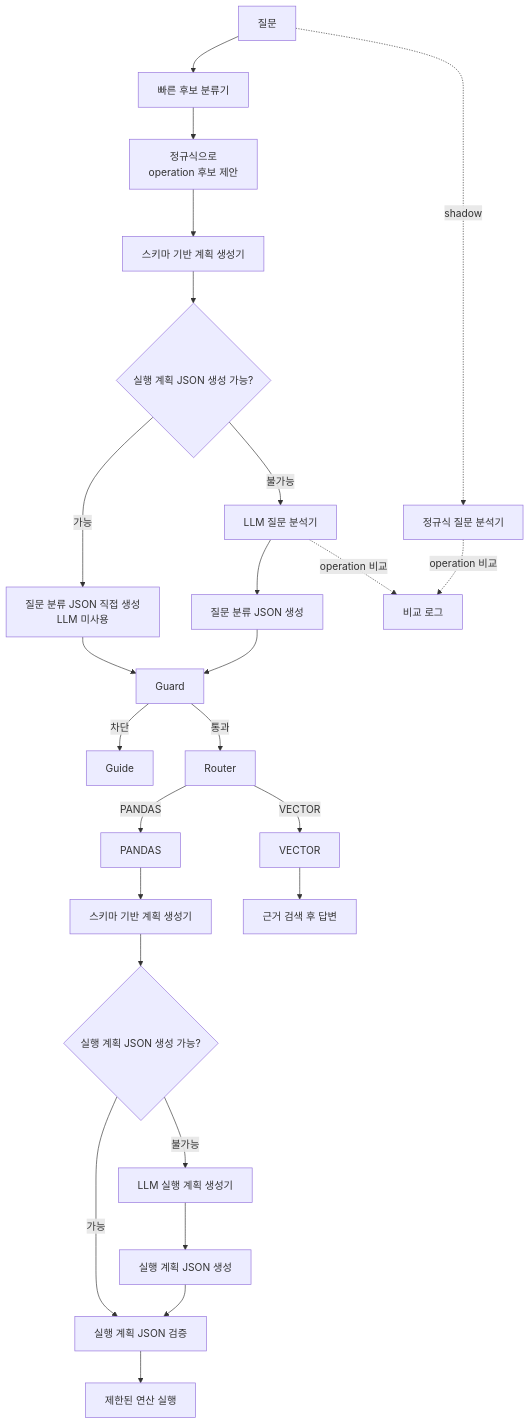
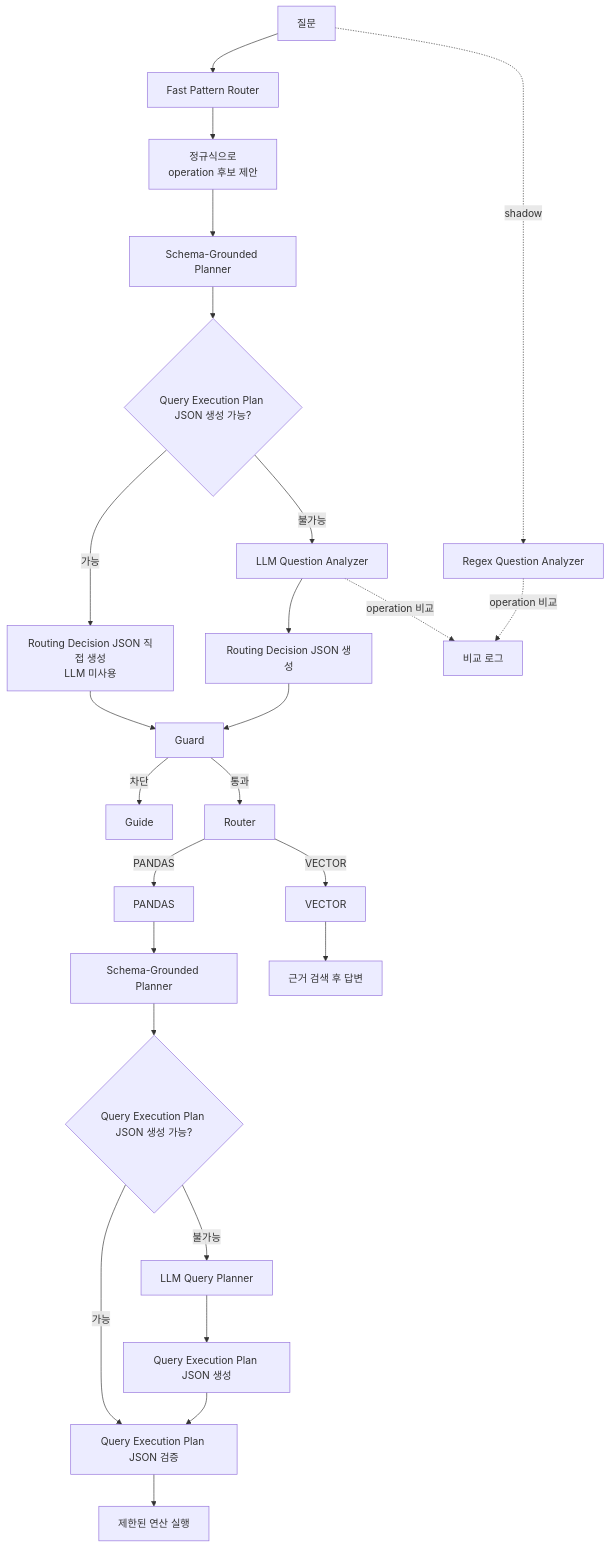
Before and after one commit to knu-2026-summer-main-enhancement/finance-doc-agent: diagram 12 of 16 in README.md, drawn with Mermaid. The commit also changed other lines of this file, not shown here.

Commit message:
Document English routing architecture

````diff
--- a/README.md
+++ b/README.md
@@ -503,33 +503,33 @@
 ```mermaid
 flowchart TD
-    Q[질문] --> PR[빠른 후보 분류기]
+    Q[질문] --> PR[Fast Pattern Router]
     PR --> OP[정규식으로<br/>operation 후보 제안]
-    OP --> DP[스키마 기반 계획 생성기]
-    DP --> C{실행 계획 JSON 생성 가능?}
+    OP --> DP[Schema-Grounded Planner]
+    DP --> C{Query Execution Plan JSON 생성 가능?}
 
-    C -->|가능| RD[질문 분류 JSON 직접 생성<br/>LLM 미사용]
-    C -->|불가능| LQ[LLM 질문 분석기]
-    LQ --> RL[질문 분류 JSON 생성]
+    C -->|가능| RD[Routing Decision JSON 직접 생성<br/>LLM 미사용]
+    C -->|불가능| LQ[LLM Question Analyzer]
+    LQ --> RL[Routing Decision JSON 생성]
 
     RD --> G[Guard]
     RL --> G
     G -->|차단| GD[Guide]
     G -->|통과| R[Router]
 
     R -->|PANDAS| P[PANDAS]
     R -->|VECTOR| V[VECTOR]
 
-    P --> DP2[스키마 기반 계획 생성기]
-    DP2 --> C2{실행 계획 JSON 생성 가능?}
-    C2 -->|가능| PV[실행 계획 JSON 검증]
-    C2 -->|불가능| LP[LLM 실행 계획 생성기]
-    LP --> PG[실행 계획 JSON 생성]
+    P --> DP2[Schema-Grounded Planner]
+    DP2 --> C2{Query Execution Plan JSON 생성 가능?}
+    C2 -->|가능| PV[Query Execution Plan JSON 검증]
+    C2 -->|불가능| LP[LLM Query Planner]
+    LP --> PG[Query Execution Plan JSON 생성]
     PG --> PV
     PV --> EX[제한된 연산 실행]
 
     V --> VS[근거 검색 후 답변]
 
-    Q -. shadow .-> RE[정규식 질문 분석기]
+    Q -. shadow .-> RE[Regex Question Analyzer]
     RE -. operation 비교 .-> LOG[비교 로그]
     LQ -. operation 비교 .-> LOG
 ```
````
